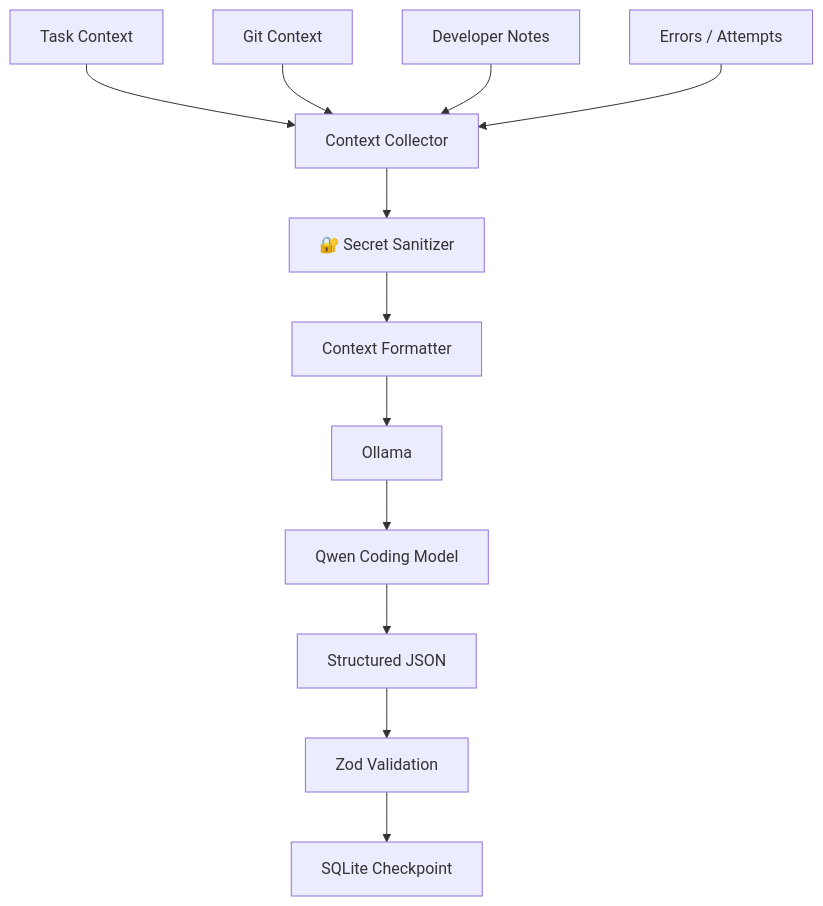
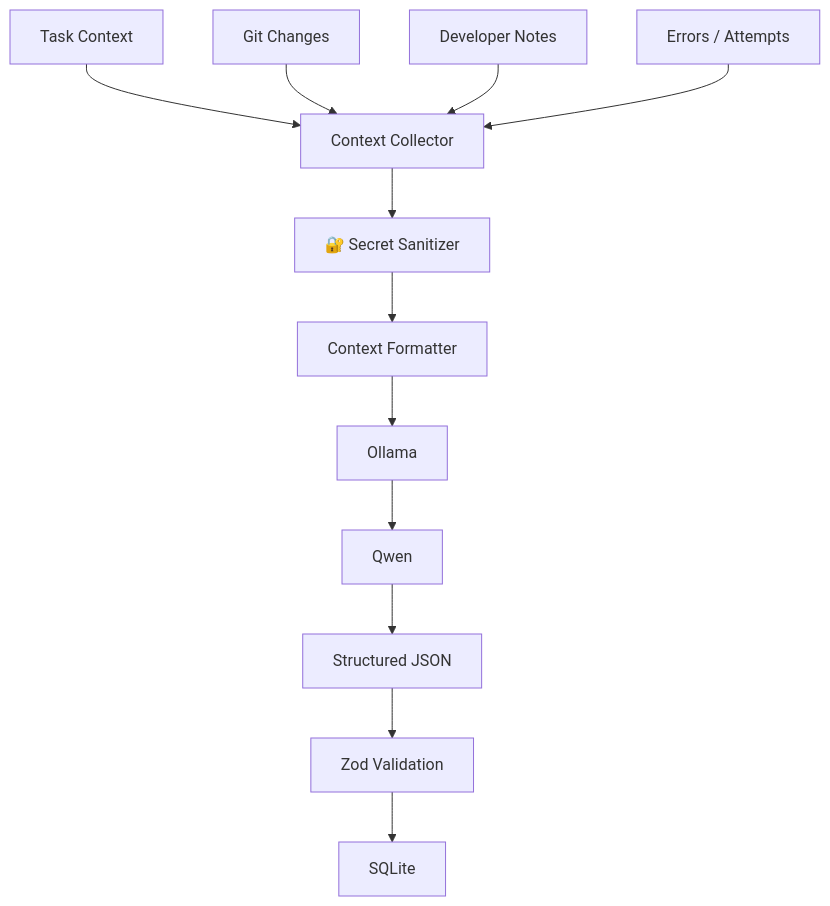
Before and after one commit to ananyaa0204/DevCheckpoint-CortexCrafters: the second of 4 diagrams in README.md, drawn with Mermaid. The commit also changed other lines of this file, not shown here.

````diff
--- a/README.md
+++ b/README.md
@@ -333,20 +339,21 @@
 ```mermaid
 flowchart TD
+
     A["Task Context"]
-    B["Git Context"]
+    B["Git Changes"]
     C["Developer Notes"]
     D["Errors / Attempts"]
 
     A --> E["Context Collector"]
     B --> E
     C --> E
     D --> E
 
     E --> F["🔐 Secret Sanitizer"]
     F --> G["Context Formatter"]
     G --> H["Ollama"]
-    H --> I["Qwen Coding Model"]
+    H --> I["Qwen"]
     I --> J["Structured JSON"]
     J --> K["Zod Validation"]
-    K --> L["SQLite Checkpoint"]
+    K --> L["SQLite"]
 ```
````
